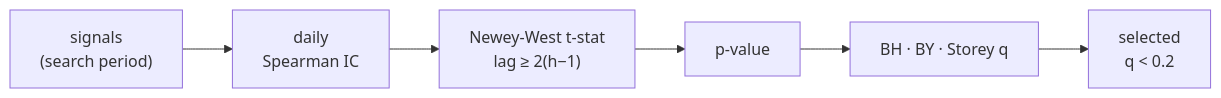
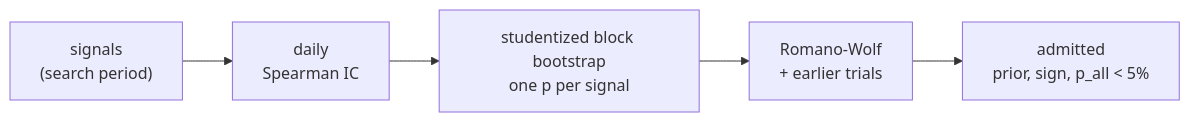
The eighth of 12 diagrams in README.md (qlemoal/quant_alpha_lab), drawn with Mermaid before and after one commit. The commit also changed other lines of this file and 55 other files, not shown here.

````diff
--- a/README.md
+++ b/README.md
@@ -240,4 +241,4 @@
 ```mermaid
 flowchart LR
-    A["signals<br/>(search period)"] --> B["daily<br/>Spearman IC"] --> C["Newey-West t-stat<br/>lag ≥ 2(h−1)"] --> D["p-value"] --> E["BH · BY · Storey q"] --> F["selected<br/>q < 0.2"]
+    A["signals<br/>(search period)"] --> B["daily<br/>Spearman IC"] --> C["studentized block bootstrap<br/>one p per signal"] --> D["Romano-Wolf<br/>+ earlier trials"] --> F["admitted<br/>prior, sign, p_all < 5%"]
 ```
````
